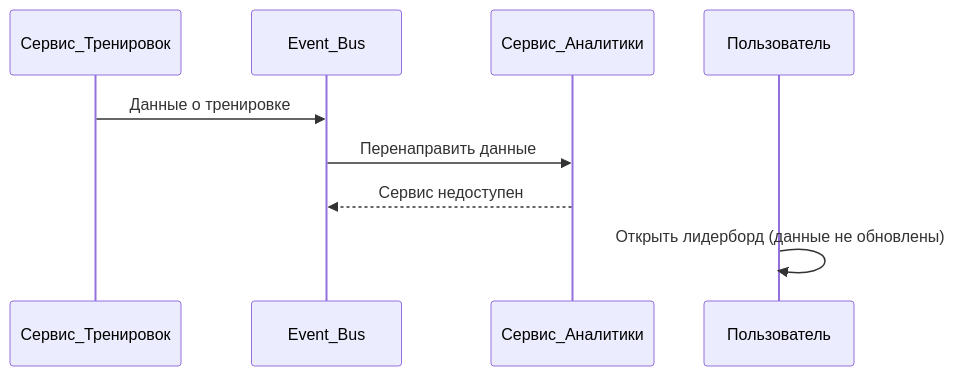
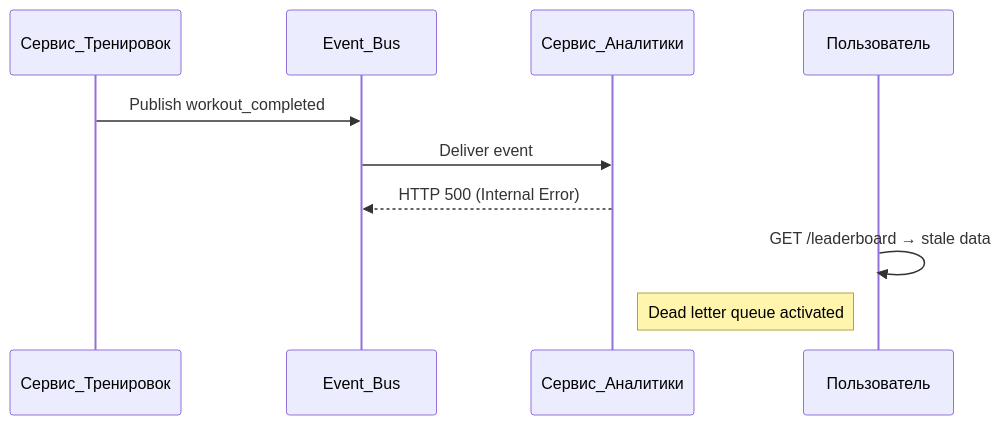
Before and after one commit to andreyantropov/architect-coursework: the third of 8 diagrams in architecture/critical-business-processes.md, drawn with Mermaid. The commit also changed other lines of this file, not shown here.

````diff
--- a/architecture/critical-business-processes.md
+++ b/architecture/critical-business-processes.md
@@ -30,12 +32,13 @@
 ```mermaid
 sequenceDiagram
     participant Сервис_Тренировок
     participant Event_Bus
     participant Сервис_Аналитики
     participant Пользователь
     
-    Сервис_Тренировок->>Event_Bus: Данные о тренировке
-    Event_Bus->>Сервис_Аналитики: Перенаправить данные
-    Сервис_Аналитики-->>Event_Bus: Сервис недоступен
-    Пользователь->>Пользователь: Открыть лидерборд (данные не обновлены)
+    Сервис_Тренировок->>Event_Bus: Publish workout_completed
+    Event_Bus->>Сервис_Аналитики: Deliver event
+    Сервис_Аналитики-->>Event_Bus: HTTP 500 (Internal Error)
+    Пользователь->>Пользователь: GET /leaderboard → stale data
+    note right of Сервис_Аналитики: Dead letter queue activated
 ```
````
